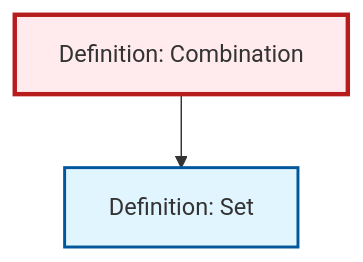
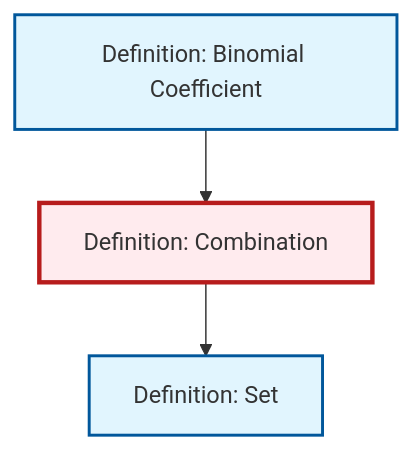
One commit to RK0429/ModernMath changed the diagram in content/en/combinatorics/def-combination.qmd. Above: the diagram before and after it, drawn with Mermaid. The commit also changed other lines of this file and 203 other files, not shown here.

````diff
--- a/content/en/combinatorics/def-combination.qmd
+++ b/content/en/combinatorics/def-combination.qmd
@@ -52,15 +52,15 @@
 ```{mermaid}
 %%| fig-cap: "Local dependency graph"
 graph TD
     classDef definition fill:#e1f5fe,stroke:#01579b,stroke-width:2px
     classDef theorem fill:#f3e5f5,stroke:#4a148c,stroke-width:2px
     classDef axiom fill:#fff3e0,stroke:#e65100,stroke-width:2px
     classDef example fill:#e8f5e9,stroke:#1b5e20,stroke-width:2px
     classDef current fill:#ffebee,stroke:#b71c1c,stroke-width:3px
+    def-set["Definition: Set"]:::definition
+    def-binomial-coefficient["Definition: Binomial Coefficient"]:::definition
     def-combination["Definition: Combination"]:::definition
-    def-set["Definition: Set"]:::definition
+    def-binomial-coefficient --> def-combination
     def-combination --> def-set
     class def-combination current
-
-    click def-set "def-set.html" "Go to Set definition"
 ```
````
